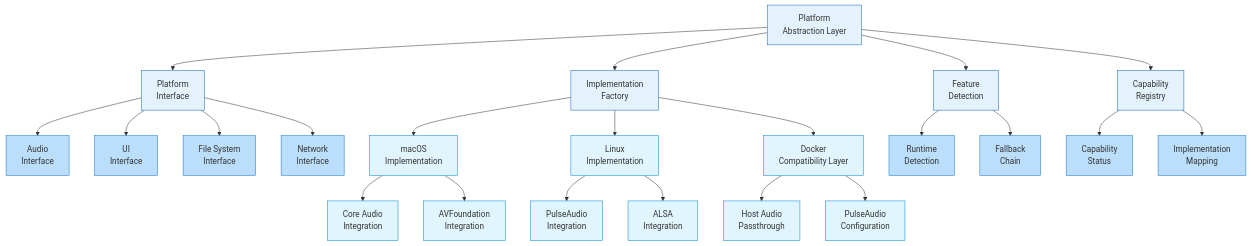
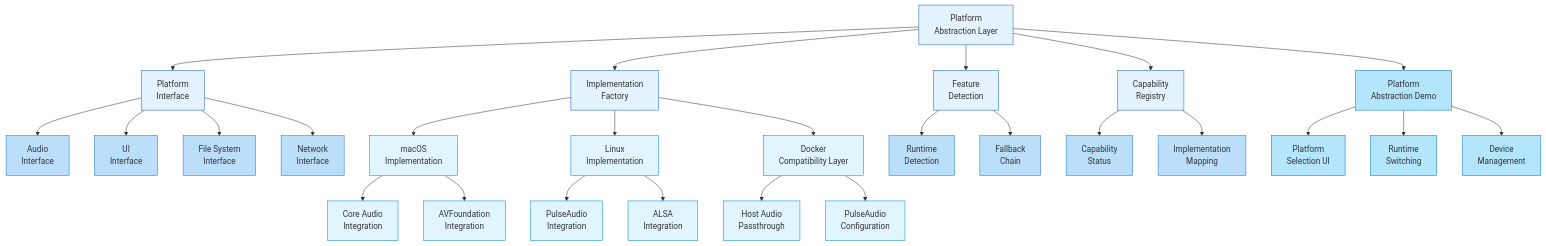
Before and after one commit to vigil-313/VANTA-ALPHA: the eighth of 12 diagrams in KNOWLEDGE_GRAPH.md, drawn with Mermaid. The commit also changed other lines of this file and 4 other files, not shown here.

First line of the commit message:
Adapt Voice Pipeline demo for platform abstraction support

````diff
--- a/KNOWLEDGE_GRAPH.md
+++ b/KNOWLEDGE_GRAPH.md
@@ -1058,40 +1063,47 @@
 ```mermaid
 graph TD
     PAL["Platform<br/>Abstraction Layer"] --> PAL1["Platform<br/>Interface"]
     PAL --> PAL2["Implementation<br/>Factory"]
     PAL --> PAL3["Feature<br/>Detection"]
     PAL --> PAL4["Capability<br/>Registry"]
+    PAL --> PAL5["Platform<br/>Abstraction Demo"]
     
     PAL1 --> PAL1A["Audio<br/>Interface"]
     PAL1 --> PAL1B["UI<br/>Interface"]
     PAL1 --> PAL1C["File System<br/>Interface"]
     PAL1 --> PAL1D["Network<br/>Interface"]
     
     PAL2 --> PAL2A["macOS<br/>Implementation"]
     PAL2 --> PAL2B["Linux<br/>Implementation"]
     PAL2 --> PAL2C["Docker<br/>Compatibility Layer"]
     
     PAL2A --> PAL2A1["Core Audio<br/>Integration"]
     PAL2A --> PAL2A2["AVFoundation<br/>Integration"]
     
     PAL2B --> PAL2B1["PulseAudio<br/>Integration"]
     PAL2B --> PAL2B2["ALSA<br/>Integration"]
     
     PAL2C --> PAL2C1["Host Audio<br/>Passthrough"]
     PAL2C --> PAL2C2["PulseAudio<br/>Configuration"]
     
     PAL3 --> PAL3A["Runtime<br/>Detection"]
     PAL3 --> PAL3B["Fallback<br/>Chain"]
     
     PAL4 --> PAL4A["Capability<br/>Status"]
     PAL4 --> PAL4B["Implementation<br/>Mapping"]
     
+    PAL5 --> PAL5A["Platform<br/>Selection UI"]
+    PAL5 --> PAL5B["Runtime<br/>Switching"]
+    PAL5 --> PAL5C["Device<br/>Management"]
+    
     classDef main fill:#e3f2fd,stroke:#1565c0,stroke-width:1px
     classDef sub fill:#bbdefb,stroke:#1976d2,stroke-width:1px
     classDef impl fill:#e1f5fe,stroke:#0288d1,stroke-width:1px
+    classDef demo fill:#b3e5fc,stroke:#0277bd,stroke-width:1px
     
     class PAL main
     class PAL1,PAL2,PAL3,PAL4 main
+    class PAL5,PAL5A,PAL5B,PAL5C demo
     class PAL1A,PAL1B,PAL1C,PAL1D,PAL3A,PAL3B,PAL4A,PAL4B sub
     class PAL2A,PAL2B,PAL2C,PAL2A1,PAL2A2,PAL2B1,PAL2B2,PAL2C1,PAL2C2 impl
 ```
````
